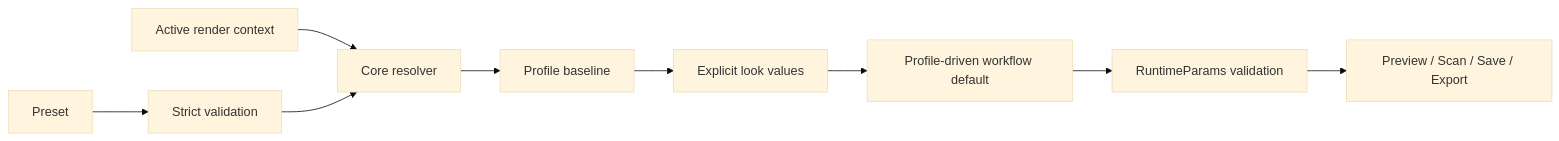
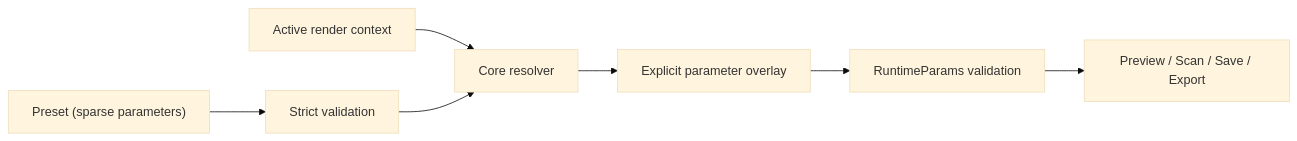
The second of 2 diagrams in specs/presets/spec.md (suraciii/spektrafilm-rs), drawn with Mermaid (base theme) before and after one commit. The commit also changed other lines of this file and 1 other file, not shown here.

First line of the commit message:
spec(presets): define presets as sparse parameter documents

````diff
--- a/specs/presets/spec.md
+++ b/specs/presets/spec.md
@@ -138,11 +165,9 @@
 ```mermaid
 flowchart LR
-    P["Preset"] --> V["Strict validation"]
+    P["Preset (sparse parameters)"] --> V["Strict validation"]
     C["Active render context"] --> R["Core resolver"]
     V --> R
-    R --> B["Profile baseline"]
-    B --> L["Explicit look values"]
-    L --> W["Profile-driven workflow default"]
-    W --> Q["RuntimeParams validation"]
+    R --> B["Explicit parameter overlay"]
+    B --> Q["RuntimeParams validation"]
     Q --> O["Preview / Scan / Save / Export"]
 ```
````
